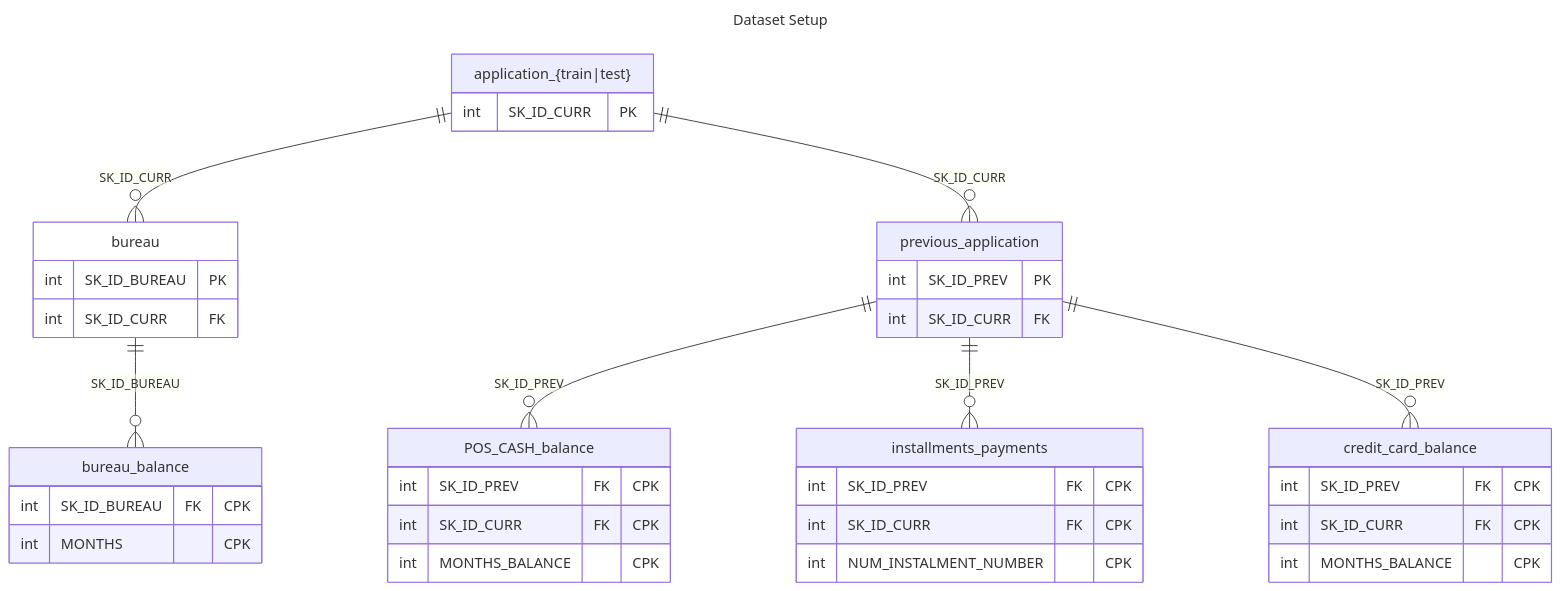
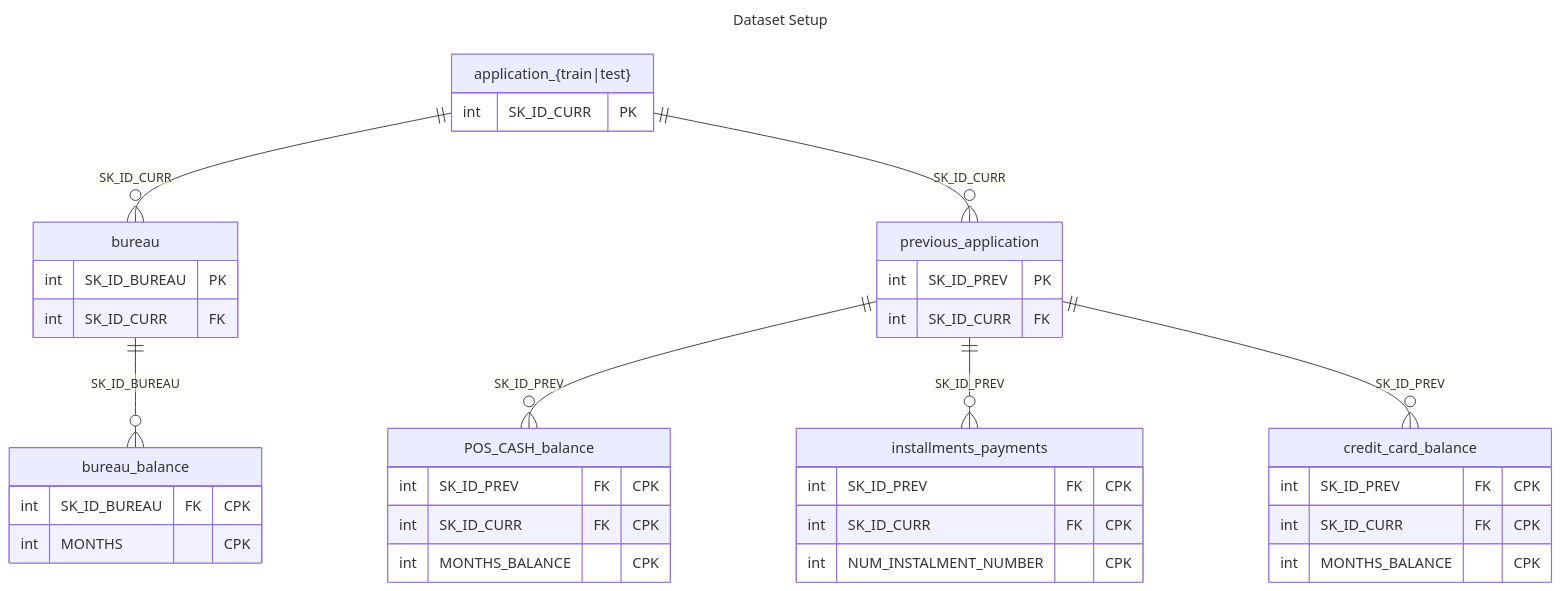
The diagram in README.md (bkusuma/home-credit-default-risk), drawn with Mermaid before and after one commit.

````diff
--- a/README.md
+++ b/README.md
@@ -44,49 +44,45 @@
 ```mermaid
 ---
 title: Dataset Setup
 ---
 erDiagram
-
-   classDef notMoving fill:white
 
     "application_{train|test}" {
         int SK_ID_CURR PK
     }
     bureau {
         int SK_ID_BUREAU PK
         int SK_ID_CURR FK
     }
     previous_application {
         int SK_ID_PREV PK
         int SK_ID_CURR FK
     }
     bureau_balance {
         int SK_ID_BUREAU FK "CPK"
         int MONTHS "CPK"
     }
     POS_CASH_balance {
         int SK_ID_PREV FK "CPK"
         int SK_ID_CURR FK "CPK"
         int MONTHS_BALANCE "CPK"
     }
     installments_payments {
         int SK_ID_PREV FK "CPK"
         int SK_ID_CURR FK "CPK"
         int NUM_INSTALMENT_NUMBER "CPK"
     }
     credit_card_balance {
         int SK_ID_PREV FK "CPK"
         int SK_ID_CURR FK "CPK" 
         int MONTHS_BALANCE "CPK"
     }
 
     "application_{train|test}" ||--o{ bureau : "SK_ID_CURR"
     "application_{train|test}" ||--o{ previous_application : "SK_ID_CURR"
     bureau ||--o{ bureau_balance : "SK_ID_BUREAU"
     previous_application ||--o{ POS_CASH_balance: "SK_ID_PREV"
     previous_application ||--o{ installments_payments : "SK_ID_PREV"
     previous_application ||--o{ credit_card_balance : "SK_ID_PREV"
 
-   class bureau notMoving
-
 ```
````
